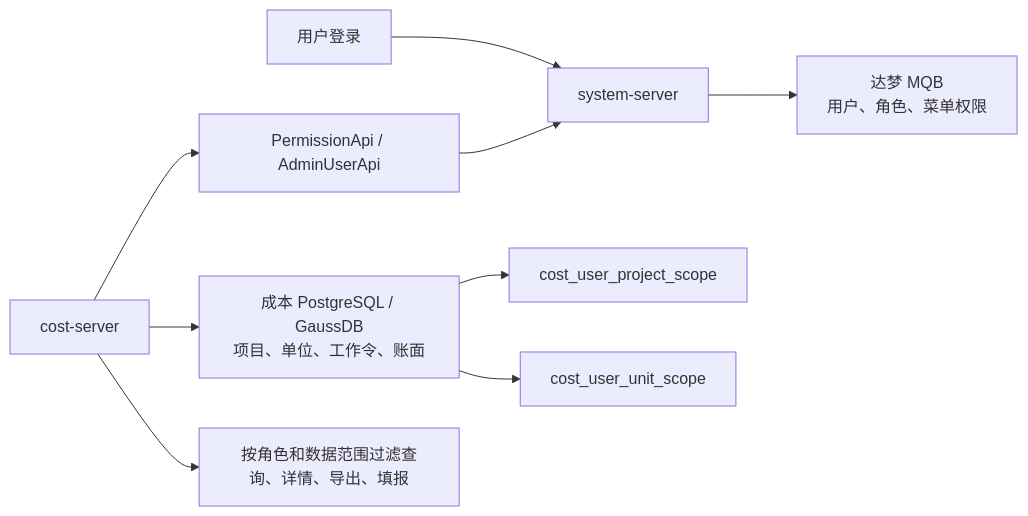
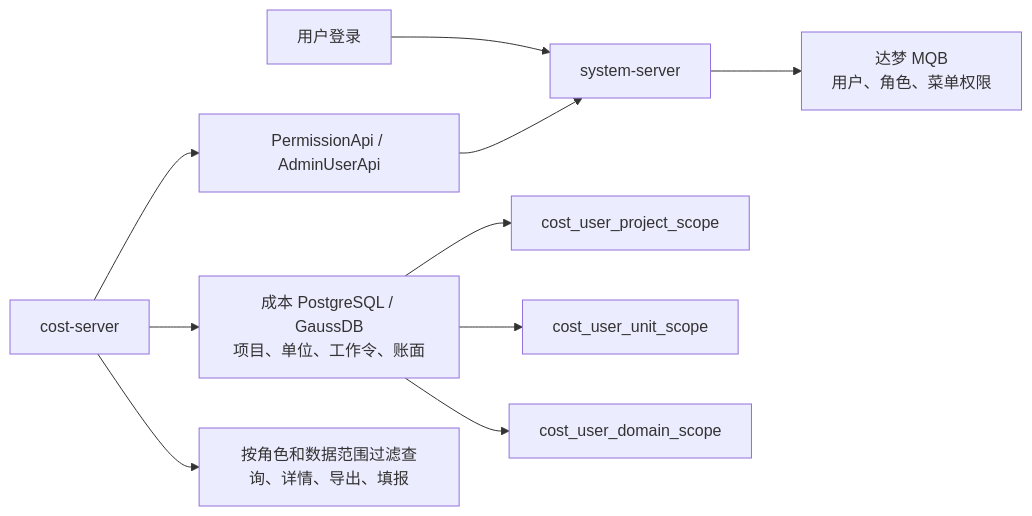
One commit to Glow-maker/costree changed the diagram in note/80-deployment/03-成本树三级权限与双库初始化.md. Above: the diagram before and after it, drawn with Mermaid. The commit also changed other lines of this file and 12 other files, not shown here.

````diff
--- a/note/80-deployment/03-成本树三级权限与双库初始化.md
+++ b/note/80-deployment/03-成本树三级权限与双库初始化.md
@@ -22,11 +25,12 @@
 ```mermaid
 flowchart LR
     U["用户登录"] --> S["system-server"]
     S --> DM["达梦 MQB<br/>用户、角色、菜单权限"]
     C["cost-server"] --> API["PermissionApi / AdminUserApi"]
     API --> S
     C --> PG["成本 PostgreSQL / GaussDB<br/>项目、单位、工作令、账面"]
     PG --> PS["cost_user_project_scope"]
     PG --> US["cost_user_unit_scope"]
+    PG --> DS["cost_user_domain_scope"]
     C --> R["按角色和数据范围过滤查询、详情、导出、填报"]
 ```
````
